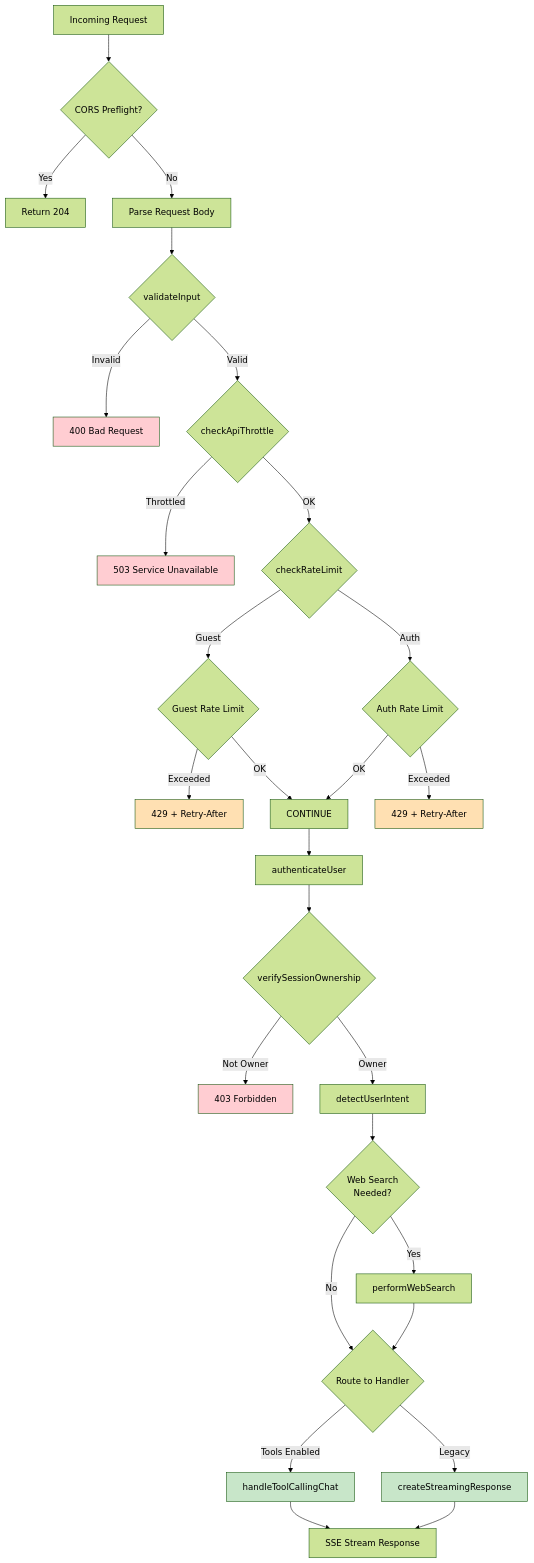
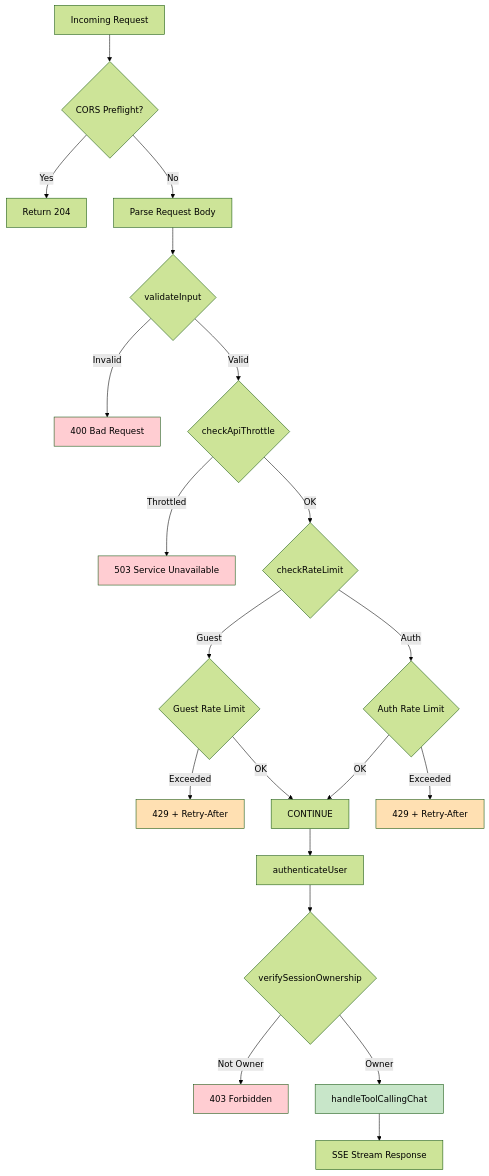
One commit to NickB03/vana changed the first of 10 diagrams in docs/TOOL_SYSTEM_DEEP_DIVE.md. Above: the diagram before and after it, drawn with Mermaid (forest theme). The commit also changed 53 other files, not shown here.

````diff
--- a/docs/TOOL_SYSTEM_DEEP_DIVE.md
+++ b/docs/TOOL_SYSTEM_DEEP_DIVE.md
@@ -9,47 +9,36 @@
 ```mermaid
 flowchart TB
     REQ[Incoming Request] --> CORS{CORS Preflight?}
     CORS -->|Yes| PREFLIGHT[Return 204]
     CORS -->|No| PARSE[Parse Request Body]
 
     PARSE --> VALID{validateInput}
     VALID -->|Invalid| ERR400[400 Bad Request]
     VALID -->|Valid| THROTTLE{checkApiThrottle}
 
     THROTTLE -->|Throttled| ERR503[503 Service Unavailable]
     THROTTLE -->|OK| RATELIMIT{checkRateLimit}
 
     RATELIMIT -->|Guest| GUEST_RL{Guest Rate Limit}
     RATELIMIT -->|Auth| AUTH_RL{Auth Rate Limit}
 
     GUEST_RL -->|Exceeded| ERR429_G[429 + Retry-After]
     GUEST_RL -->|OK| CONTINUE
     AUTH_RL -->|Exceeded| ERR429_A[429 + Retry-After]
     AUTH_RL -->|OK| CONTINUE
 
     CONTINUE --> AUTHN[authenticateUser]
     AUTHN --> VERIFY{verifySessionOwnership}
 
     VERIFY -->|Not Owner| ERR403[403 Forbidden]
-    VERIFY -->|Owner| INTENT[detectUserIntent]
-
-    INTENT --> SEARCH{Web Search<br/>Needed?}
-    SEARCH -->|Yes| TAVILY[performWebSearch]
-    SEARCH -->|No| HANDLER
-    TAVILY --> HANDLER
-
-    HANDLER{Route to Handler}
-    HANDLER -->|Tools Enabled| TOOL_CHAT[handleToolCallingChat]
-    HANDLER -->|Legacy| STREAM[createStreamingResponse]
+    VERIFY -->|Owner| TOOL_CHAT[handleToolCallingChat]
 
     TOOL_CHAT --> SSE[SSE Stream Response]
-    STREAM --> SSE
 
     style ERR400 fill:#ffcdd2
     style ERR403 fill:#ffcdd2
     style ERR429_G fill:#ffe0b2
     style ERR429_A fill:#ffe0b2
     style ERR503 fill:#ffcdd2
     style TOOL_CHAT fill:#c8e6c9
-    style STREAM fill:#c8e6c9
 ```
````
